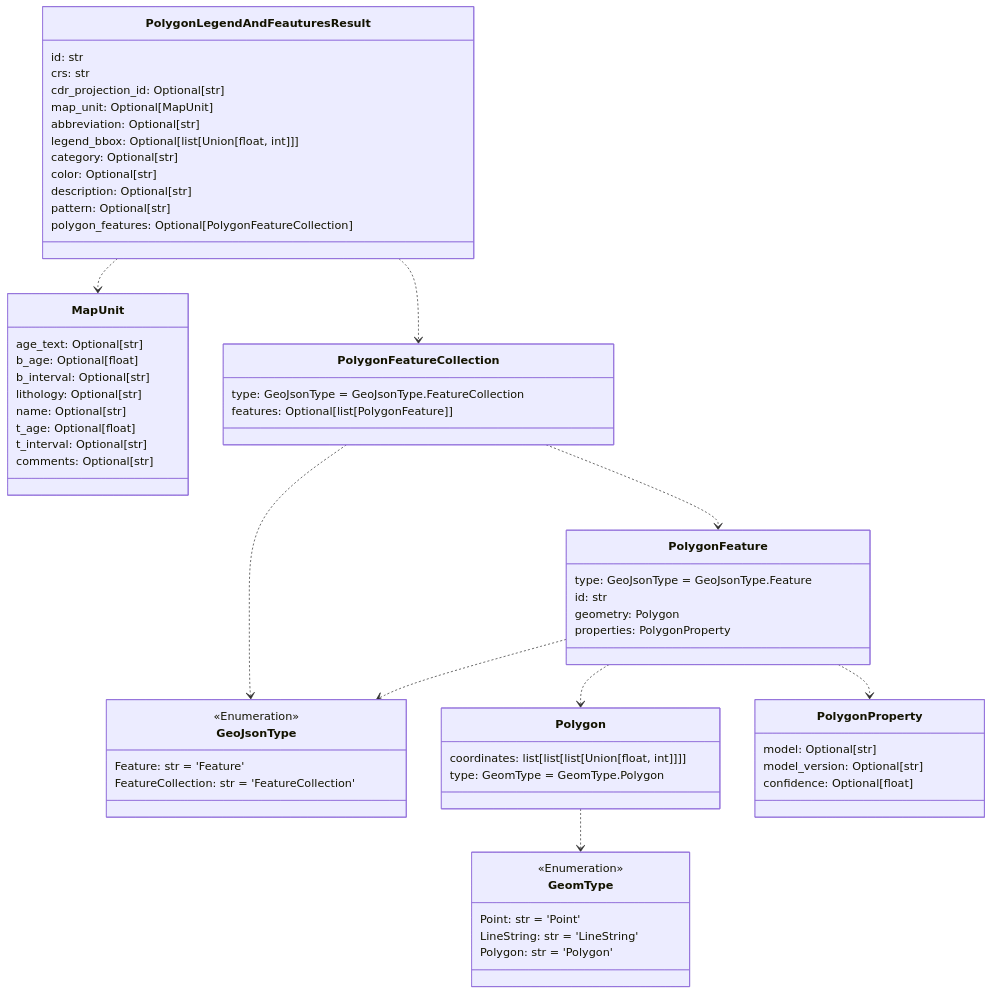
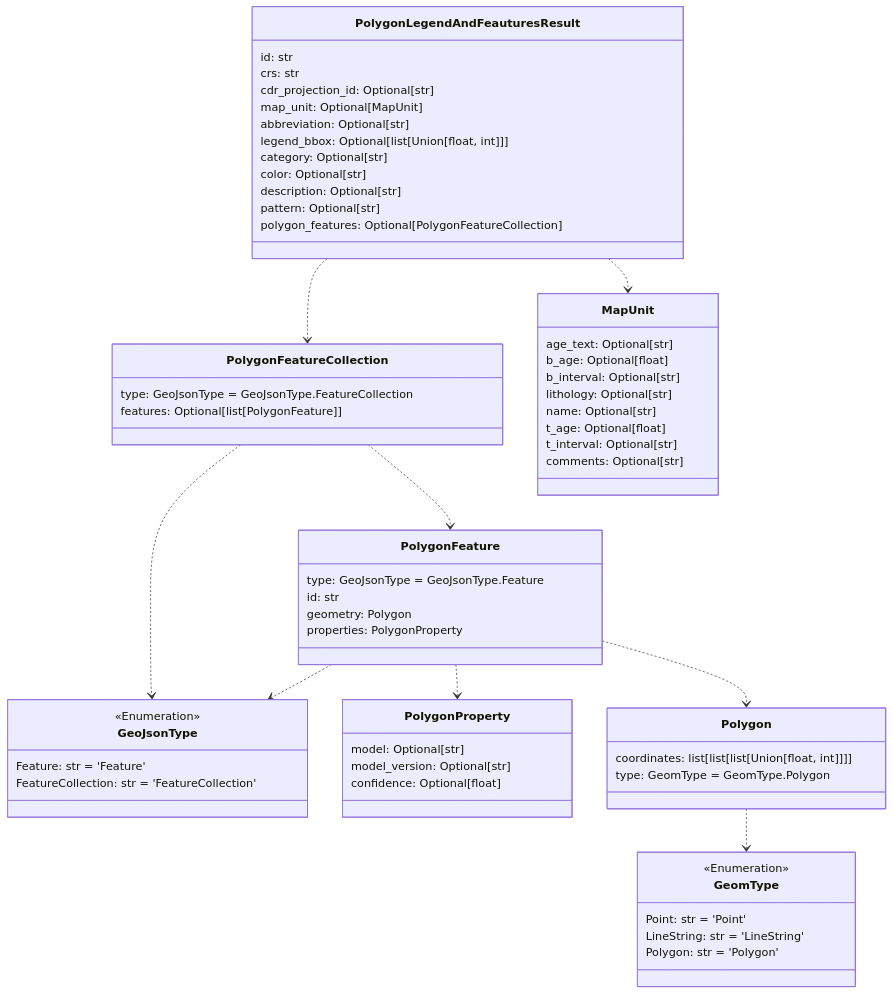
The seventh of 12 diagrams in README.md (DARPA-CRITICALMAAS/cdr_schemas), drawn with Mermaid before and after one commit. The commit also changed other lines of this file and 4 other files, not shown here.

````diff
--- a/README.md
+++ b/README.md
@@ -472,75 +488,75 @@
 ```mermaid
 classDiagram
 
-    class MapUnit {
-        age_text: Optional[str]
-        b_age: Optional[float]
-        b_interval: Optional[str]
-        lithology: Optional[str]
-        name: Optional[str]
-        t_age: Optional[float]
-        t_interval: Optional[str]
-        comments: Optional[str]
+    class GeomType {
+        <<Enumeration>>
+        Point: str = 'Point'
+        LineString: str = 'LineString'
+        Polygon: str = 'Polygon'
+    }
+
+    class PolygonFeature {
+        type: GeoJsonType = GeoJsonType.Feature
+        id: str
+        geometry: Polygon
+        properties: PolygonProperty
     }
 
     class PolygonLegendAndFeauturesResult {
         id: str
         crs: str
         cdr_projection_id: Optional[str]
         map_unit: Optional[MapUnit]
         abbreviation: Optional[str]
         legend_bbox: Optional[list[Union[float, int]]]
         category: Optional[str]
         color: Optional[str]
         description: Optional[str]
         pattern: Optional[str]
         polygon_features: Optional[PolygonFeatureCollection]
     }
 
-    class PolygonFeatureCollection {
-        type: GeoJsonType = GeoJsonType.FeatureCollection
-        features: Optional[list[PolygonFeature]]
-    }
-
-    class PolygonFeature {
-        type: GeoJsonType = GeoJsonType.Feature
-        id: str
-        geometry: Polygon
-        properties: PolygonProperty
-    }
-
     class GeoJsonType {
         <<Enumeration>>
         Feature: str = 'Feature'
         FeatureCollection: str = 'FeatureCollection'
     }
 
-    class GeomType {
-        <<Enumeration>>
-        Point: str = 'Point'
-        LineString: str = 'LineString'
-        Polygon: str = 'Polygon'
-    }
-
-    class Polygon {
-        coordinates: list[list[list[Union[float, int]]]]
-        type: GeomType = GeomType.Polygon
+    class PolygonFeatureCollection {
+        type: GeoJsonType = GeoJsonType.FeatureCollection
+        features: Optional[list[PolygonFeature]]
     }
 
     class PolygonProperty {
         model: Optional[str]
         model_version: Optional[str]
         confidence: Optional[float]
     }
 
+    class Polygon {
+        coordinates: list[list[list[Union[float, int]]]]
+        type: GeomType = GeomType.Polygon
+    }
+
+    class MapUnit {
+        age_text: Optional[str]
+        b_age: Optional[float]
+        b_interval: Optional[str]
+        lithology: Optional[str]
+        name: Optional[str]
+        t_age: Optional[float]
+        t_interval: Optional[str]
+        comments: Optional[str]
+    }
+
     Polygon ..> GeomType
+    PolygonFeature ..> PolygonProperty
+    PolygonFeature ..> GeoJsonType
     PolygonFeature ..> Polygon
-    PolygonFeature ..> GeoJsonType
-    PolygonFeature ..> PolygonProperty
+    PolygonFeatureCollection ..> GeoJsonType
     PolygonFeatureCollection ..> PolygonFeature
-    PolygonFeatureCollection ..> GeoJsonType
     PolygonLegendAndFeauturesResult ..> PolygonFeatureCollection
     PolygonLegendAndFeauturesResult ..> MapUnit
 
 
 ```
````
